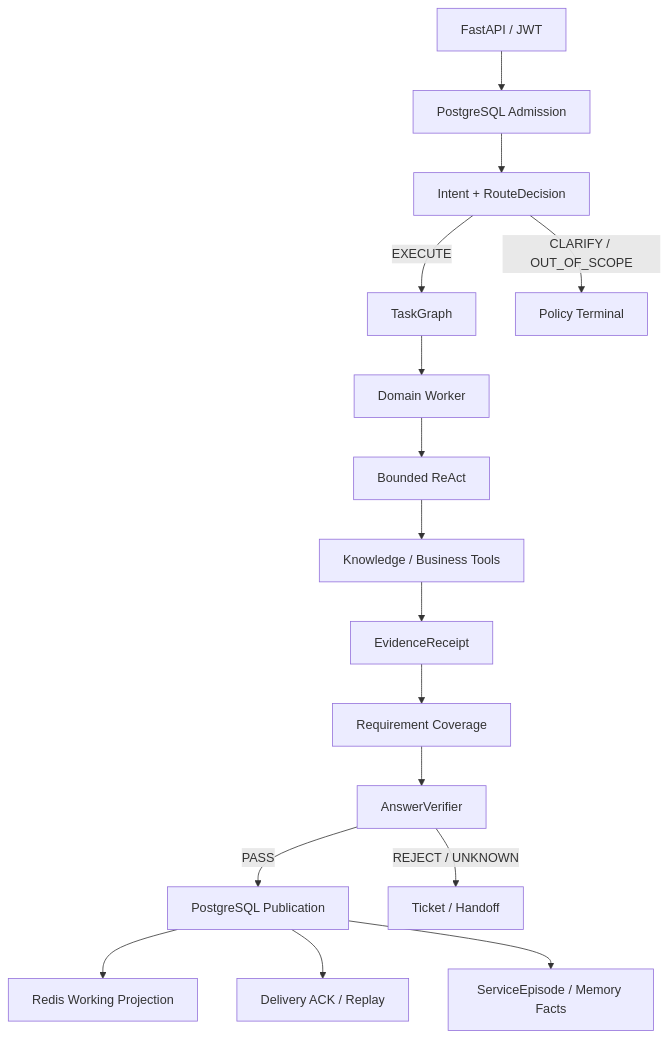
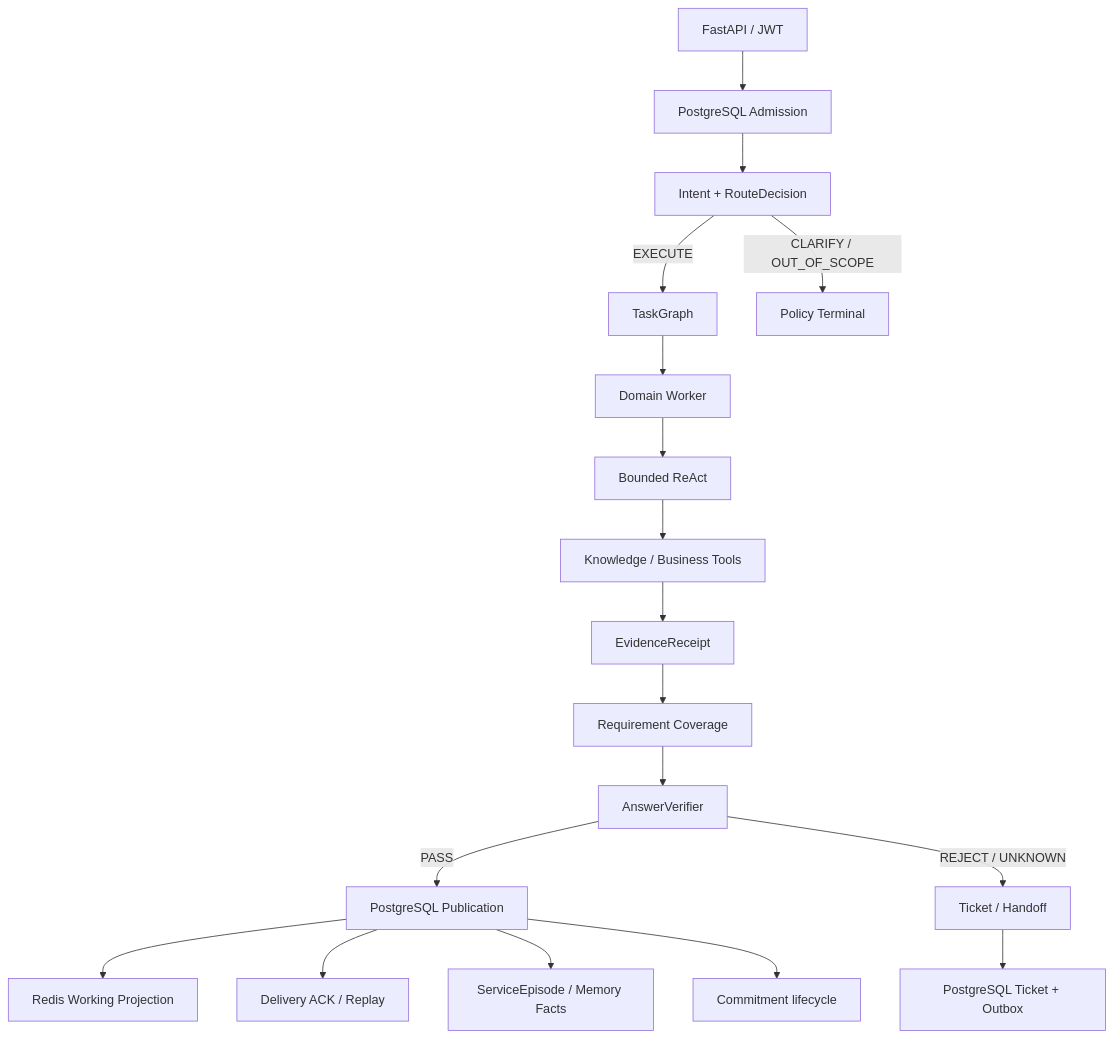
The first of 2 diagrams in docs/architecture.md (Garrulus21yyx/DialogPilot), drawn with Mermaid before and after one commit. The commit also changed other lines of this file and 11 other files, not shown here.

````diff
--- a/docs/architecture.md
+++ b/docs/architecture.md
@@ -23,18 +23,20 @@
 ```mermaid
 flowchart TB
     HTTP[FastAPI / JWT] --> ADMIT[PostgreSQL Admission]
     ADMIT --> ROUTE[Intent + RouteDecision]
     ROUTE -->|EXECUTE| GRAPH[TaskGraph]
     ROUTE -->|CLARIFY / OUT_OF_SCOPE| TERMINAL[Policy Terminal]
     GRAPH --> WORKER[Domain Worker]
     WORKER --> REACT[Bounded ReAct]
     REACT --> TOOLS[Knowledge / Business Tools]
     TOOLS --> EVIDENCE[EvidenceReceipt]
     EVIDENCE --> COVERAGE[Requirement Coverage]
     COVERAGE --> VERIFY[AnswerVerifier]
     VERIFY -->|PASS| PUB[PostgreSQL Publication]
     VERIFY -->|REJECT / UNKNOWN| HANDOFF[Ticket / Handoff]
     PUB --> REDIS[Redis Working Projection]
     PUB --> ACK[Delivery ACK / Replay]
     PUB --> EPISODE[ServiceEpisode / Memory Facts]
+    HANDOFF --> TICKET[PostgreSQL Ticket + Outbox]
+    PUB --> COMMIT[Commitment lifecycle]
 ```
````
